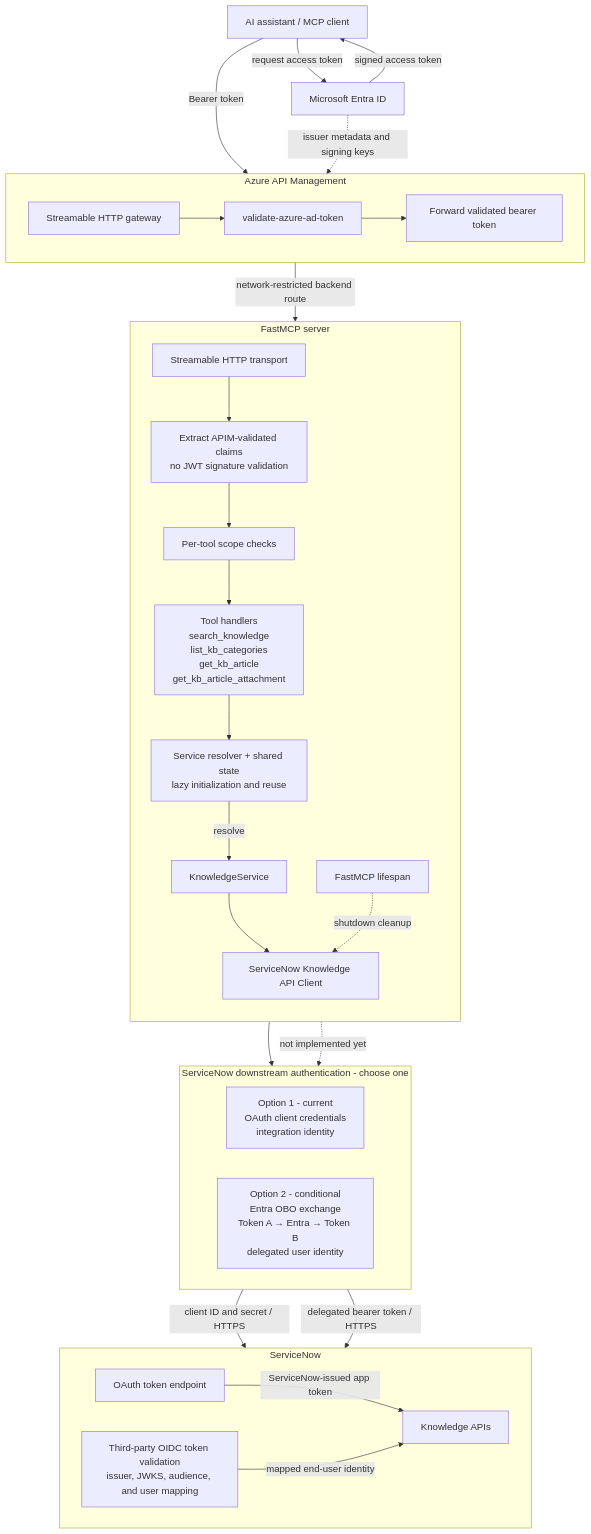
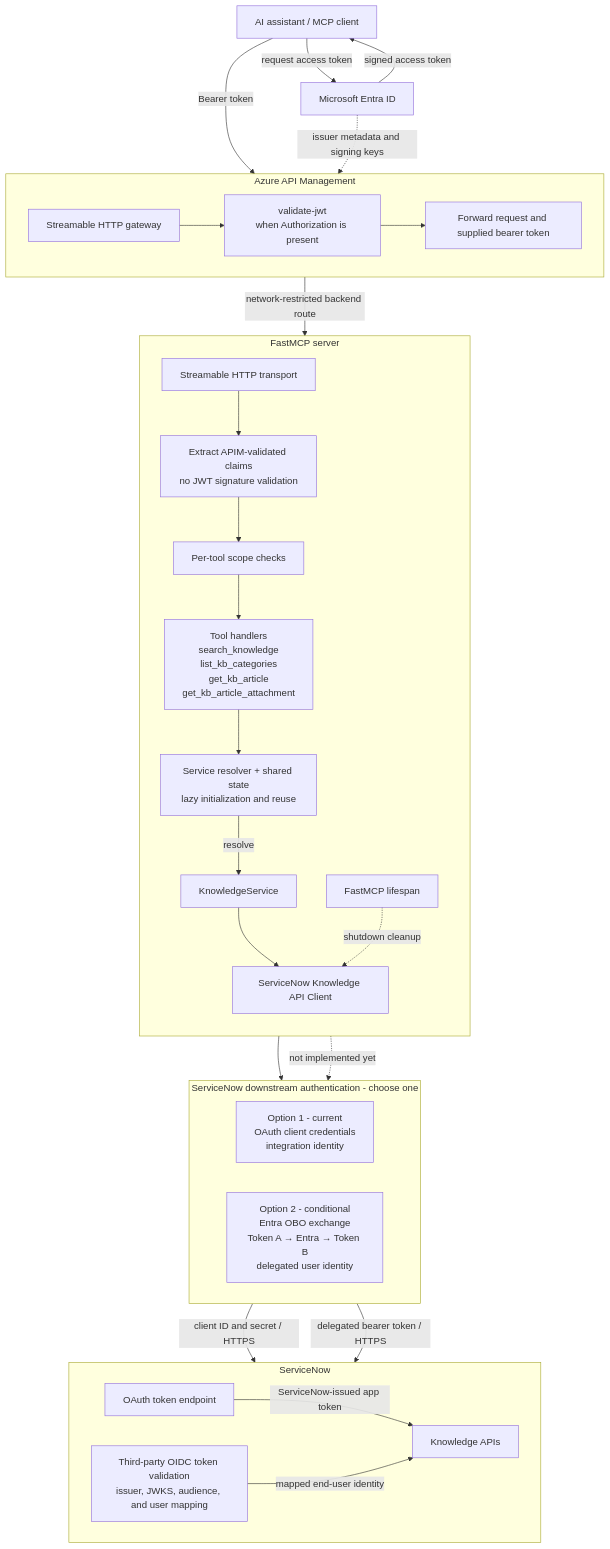
One commit to Xingyuj/SnowMCP changed the diagram in README.md. Above: the diagram before and after it, drawn with Mermaid. The commit also changed other lines of this file, not shown here.

````diff
--- a/README.md
+++ b/README.md
@@ -164,61 +165,61 @@
 ```mermaid
 flowchart TB
     Client[AI assistant / MCP client]
     Entra[Microsoft Entra ID]
 
     subgraph APIM[Azure API Management]
         direction LR
         Gateway[Streamable HTTP gateway]
-        Validate[validate-azure-ad-token]
-        Forward[Forward validated bearer token]
+        Validate["validate-jwt<br/>when Authorization is present"]
+        Forward[Forward request and supplied bearer token]
 
         Gateway --> Validate
         Validate --> Forward
     end
 
     subgraph FastMCP[FastMCP server]
         direction TB
         Transport[Streamable HTTP transport]
         Claims["Extract APIM-validated claims<br/>no JWT signature validation"]
         Scopes[Per-tool scope checks]
         Tools["Tool handlers<br/>search_knowledge<br/>list_kb_categories<br/>get_kb_article<br/>get_kb_article_attachment"]
         Resolver["Service resolver + shared state<br/>lazy initialization and reuse"]
         Service[KnowledgeService]
         API[ServiceNow Knowledge API Client]
         Lifecycle[FastMCP lifespan]
 
         Transport --> Claims
         Claims --> Scopes
         Scopes --> Tools
         Tools --> Resolver
         Resolver -->|resolve| Service
         Service --> API
         Lifecycle -.->|shutdown cleanup| API
     end
 
     subgraph DownstreamAuth[ServiceNow downstream authentication - choose one]
         direction LR
         ClientCredentials["Option 1 - current<br/>OAuth client credentials<br/>integration identity"]
         OBO["Option 2 - conditional<br/>Entra OBO exchange<br/>Token A → Entra → Token B<br/>delegated user identity"]
     end
 
     subgraph ServiceNow[ServiceNow]
         direction LR
         TokenEndpoint[OAuth token endpoint]
         OIDC["Third-party OIDC token validation<br/>issuer, JWKS, audience, and user mapping"]
         SN[Knowledge APIs]
 
         TokenEndpoint -->|ServiceNow-issued app token| SN
         OIDC -->|mapped end-user identity| SN
     end
 
     Client -->|request access token| Entra
     Entra -->|signed access token| Client
     Client -->|Bearer token| Gateway
     Entra -.->|issuer metadata and signing keys| Validate
     Forward -->|network-restricted backend route| Transport
     API --> ClientCredentials
     ClientCredentials -->|client ID and secret / HTTPS| TokenEndpoint
     API -.->|not implemented yet| OBO
     OBO -->|delegated bearer token / HTTPS| OIDC
 ```
````
